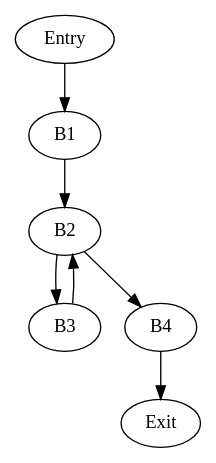
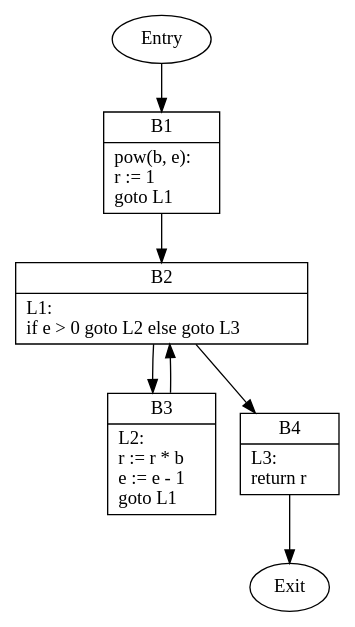
One commit to aprell/compiler-potpourri changed the diagram in control_flow/analysis/examples/pow_cfg.dot. Above: the diagram before and after it, drawn with Graphviz. The commit also changed 21 other files, not shown here.

```diff
--- a/control_flow/analysis/examples/pow_cfg.dot
+++ b/control_flow/analysis/examples/pow_cfg.dot
@@ -1,8 +1,12 @@
 digraph CFG {
+    B1 [shape=record label="{B1|pow(b, e):\lr := 1\lgoto L1\l}"];
+    B2 [shape=record label="{B2|L1:\lif e \> 0 goto L2 else goto L3\l}"];
+    B3 [shape=record label="{B3|L2:\lr := r * b\le := e - 1\lgoto L1\l}"];
+    B4 [shape=record label="{B4|L3:\lreturn r\l}"];
     Entry -> B1;
     B1 -> B2;
     B2 -> B3;
     B2 -> B4;
     B3 -> B2;
     B4 -> Exit;
 }
```
